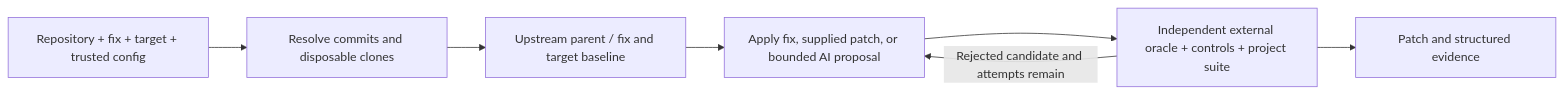
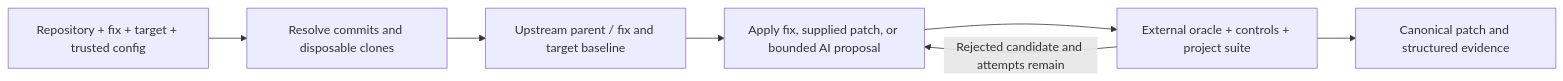
The diagram in docs/architecture.md (theinfosecguy/seam), drawn with Mermaid before and after one commit. The commit also changed other lines of this file and 67 other files, not shown here.

````diff
--- a/docs/architecture.md
+++ b/docs/architecture.md
@@ -3,9 +57,9 @@
 ```mermaid
 flowchart LR
     Inputs[Repository + fix + target + trusted config] --> Snapshot[Resolve commits and disposable clones]
     Snapshot --> Baseline[Upstream parent / fix and target baseline]
     Baseline --> Adapt[Apply fix, supplied patch, or bounded AI proposal]
-    Adapt --> Verify[Independent external oracle + controls + project suite]
-    Verify --> Report[Patch and structured evidence]
+    Adapt --> Verify[External oracle + controls + project suite]
+    Verify --> Report[Canonical patch and structured evidence]
     Verify -->|Rejected candidate and attempts remain| Adapt
 ```
````
